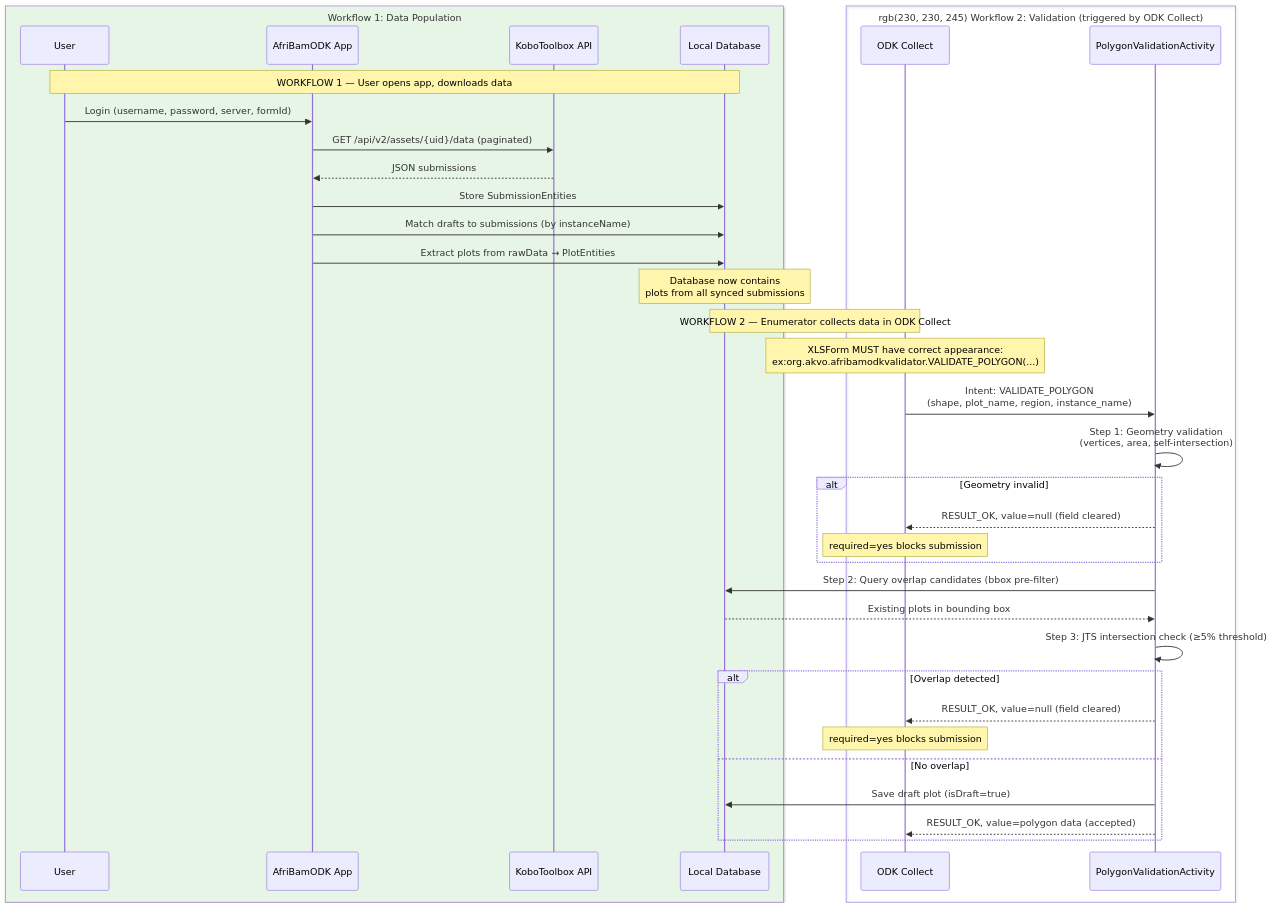
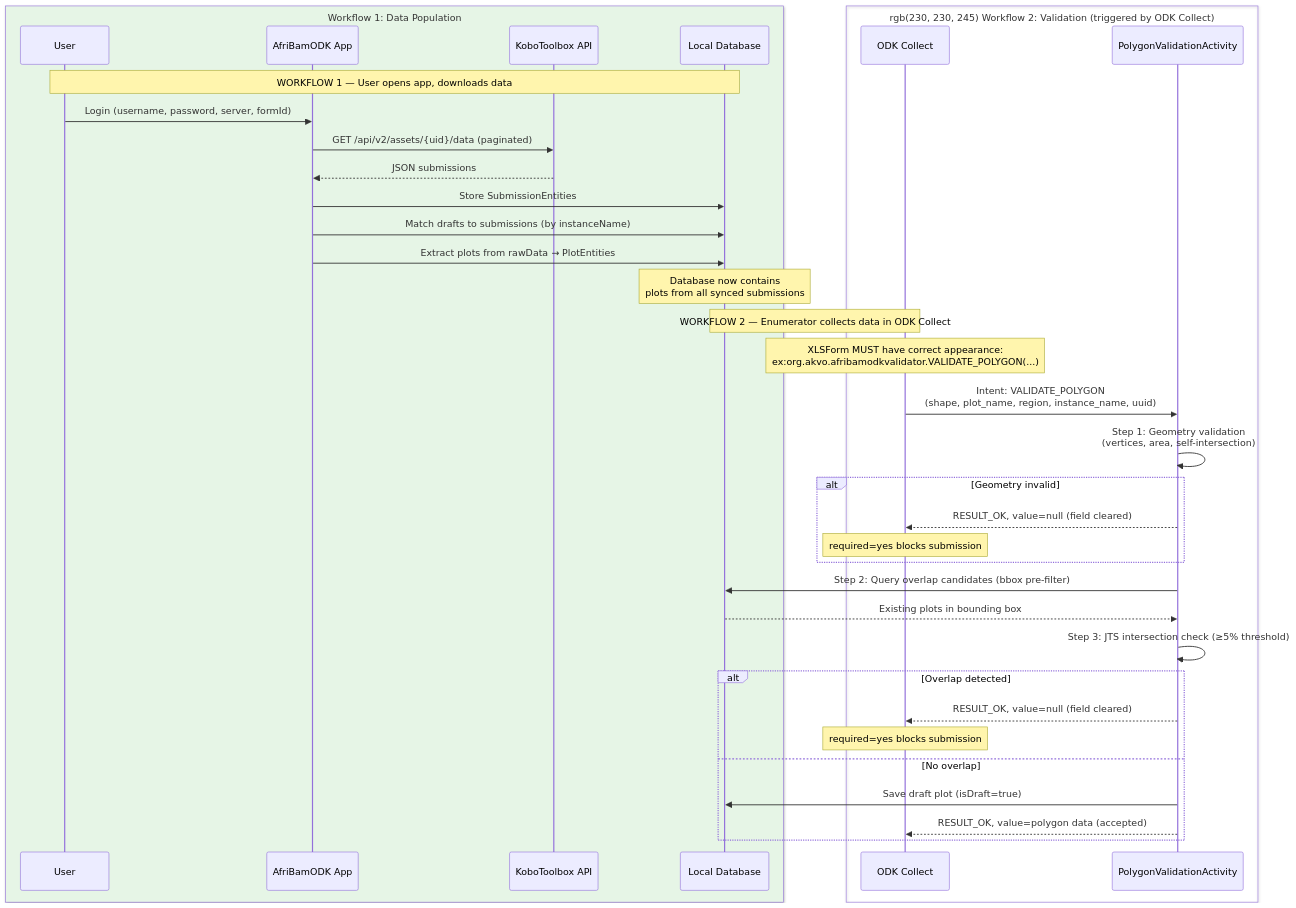
Before and after one commit to akvo/african-bamboo-odk-external-validations: the second of 5 diagrams in docs/architecture-overview.md, drawn with Mermaid. The commit also changed 3 other files, not shown here.

First line of the commit message:
docs: document uuid=/data/meta/instanceID for overlap detection (v1.9)

````diff
--- a/docs/architecture-overview.md
+++ b/docs/architecture-overview.md
@@ -75,45 +75,45 @@
 ```mermaid
 sequenceDiagram
     box rgb(230, 245, 230) Workflow 1: Data Population
     participant User
     participant App as AfriBamODK App
     participant Kobo as KoboToolbox API
     participant DB as Local Database
     end
 
     box rgb(230, 230, 245) Workflow 2: Validation (triggered by ODK Collect)
     participant ODK as ODK Collect
     participant Val as PolygonValidationActivity
     end
 
     Note over User,DB: WORKFLOW 1 — User opens app, downloads data
     User->>App: Login (username, password, server, formId)
     App->>Kobo: GET /api/v2/assets/{uid}/data (paginated)
     Kobo-->>App: JSON submissions
     App->>DB: Store SubmissionEntities
     App->>DB: Match drafts to submissions (by instanceName)
     App->>DB: Extract plots from rawData → PlotEntities
     Note over DB: Database now contains<br/>plots from all synced submissions
 
     Note over ODK,DB: WORKFLOW 2 — Enumerator collects data in ODK Collect
     Note over ODK: XLSForm MUST have correct appearance:<br/>ex:org.akvo.afribamodkvalidator.VALIDATE_POLYGON(...)
-    ODK->>Val: Intent: VALIDATE_POLYGON<br/>(shape, plot_name, region, instance_name)
+    ODK->>Val: Intent: VALIDATE_POLYGON<br/>(shape, plot_name, region, instance_name, uuid)
 
     Val->>Val: Step 1: Geometry validation<br/>(vertices, area, self-intersection)
     alt Geometry invalid
         Val-->>ODK: RESULT_OK, value=null (field cleared)
         Note over ODK: required=yes blocks submission
     end
 
     Val->>DB: Step 2: Query overlap candidates (bbox pre-filter)
     DB-->>Val: Existing plots in bounding box
     Val->>Val: Step 3: JTS intersection check (≥5% threshold)
 
     alt Overlap detected
         Val-->>ODK: RESULT_OK, value=null (field cleared)
         Note over ODK: required=yes blocks submission
     else No overlap
         Val->>DB: Save draft plot (isDraft=true)
         Val-->>ODK: RESULT_OK, value=polygon data (accepted)
     end
 ```
````
